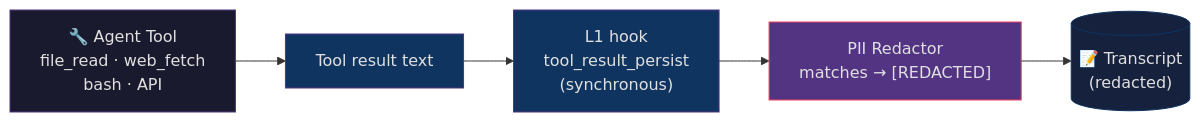
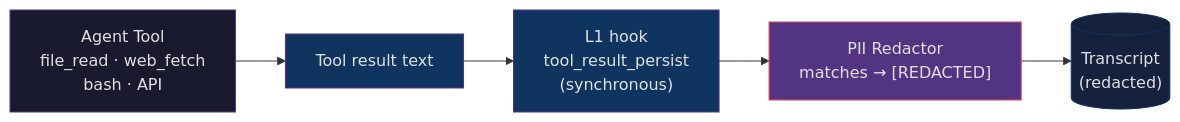
Before and after one commit to OpenObscure/OpenObscure: the eighth of 15 diagrams in ARCHITECTURE.md, drawn with Mermaid. The commit also changed other lines of this file and 1 other file, not shown here.

First line of the commit message:
Fix 20 Mermaid diagrams: clarity, accuracy, consistency

````diff
--- a/ARCHITECTURE.md
+++ b/ARCHITECTURE.md
@@ -343,14 +352,14 @@
 ```mermaid
 flowchart LR
-    tool["🔧 Agent Tool\nfile_read · web_fetch\nbash · API"]
+    tool["Agent Tool\nfile_read · web_fetch\nbash · API"]
     tool --> result["Tool result text"]
     result --> hook["L1 hook\ntool_result_persist\n(synchronous)"]
     hook --> redact["PII Redactor\nmatches → [REDACTED]"]
-    redact --> persist[("📝 Transcript\n(redacted)")]
+    redact --> persist[("Transcript\n(redacted)")]
 
     style tool fill:#1a1a2e,stroke:#533483,color:#e0e0e0
     style result fill:#0f3460,stroke:#533483,color:#e0e0e0
     style hook fill:#0f3460,stroke:#533483,color:#e0e0e0
     style redact fill:#533483,stroke:#e94560,color:#e0e0e0
     style persist fill:#16213e,stroke:#0f3460,color:#e0e0e0
 ```
````
